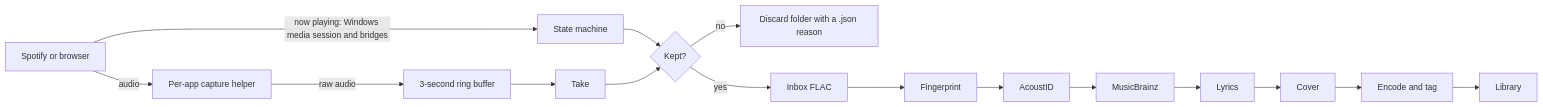
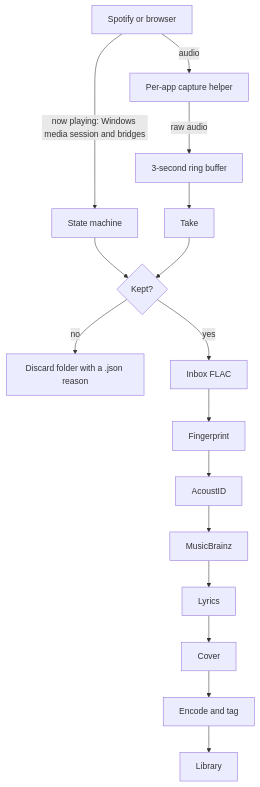
One commit to SalmanRavoof/mynaphone changed the diagram in docs/how-it-works.md. Above: the diagram before and after it, drawn with Mermaid. The commit also changed other lines of this file and 5 other files, not shown here.

````diff
--- a/docs/how-it-works.md
+++ b/docs/how-it-works.md
@@ -8,13 +8,13 @@
 ```mermaid
-flowchart LR
+flowchart TD
     src["Spotify or browser"] -- "audio" --> helper["Per-app capture helper"]
     helper -- "raw audio" --> ring["3-second ring buffer"]
     ring --> take["Take"]
     src -- "now playing: Windows media session and bridges" --> sm["State machine"]
     sm --> verdict{"Kept?"}
     take --> verdict
     verdict -- "no" --> discard["Discard folder with a .json reason"]
     verdict -- "yes" --> inbox["Inbox FLAC"]
     inbox --> fp["Fingerprint"] --> aid["AcoustID"] --> mb["MusicBrainz"]
     mb --> lyr["Lyrics"] --> cov["Cover"] --> enc["Encode and tag"] --> lib["Library"]
 ```
````
